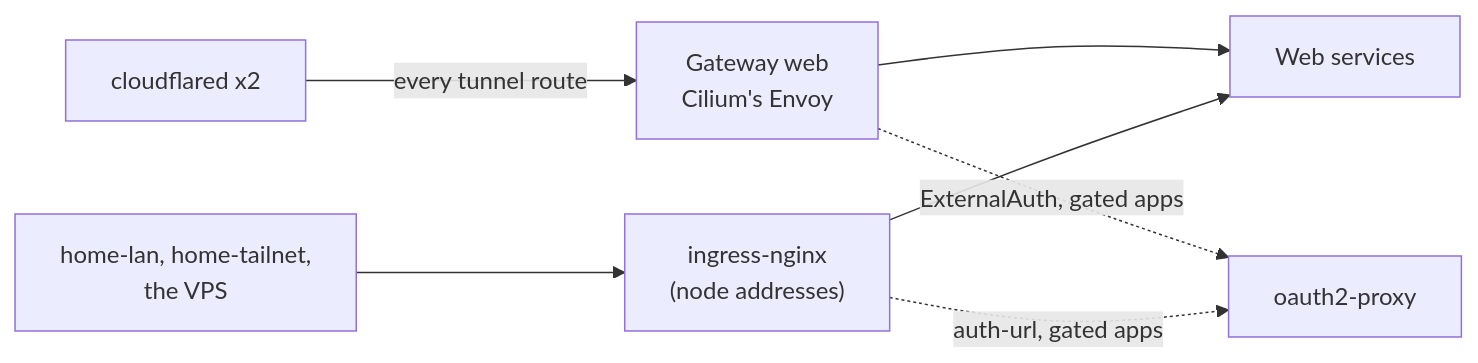
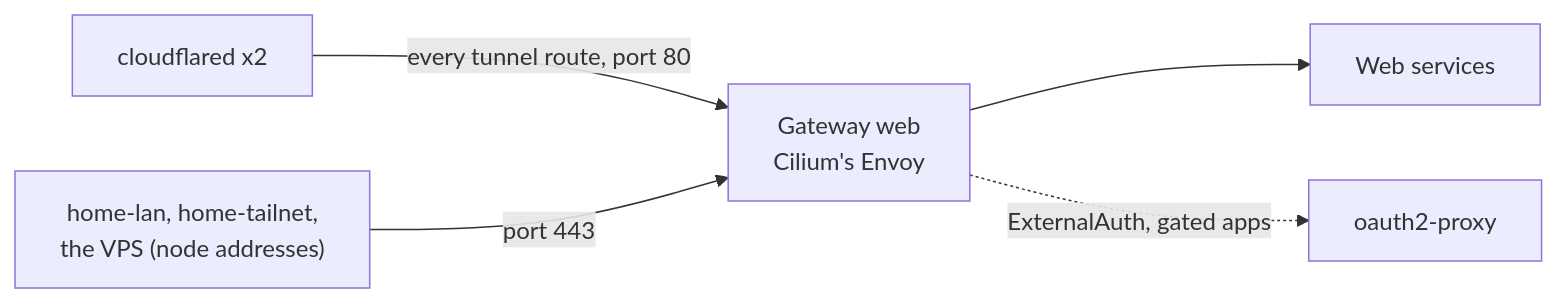
Before and after one commit to gilesknap/tpi-k3s-ansible: the third of 5 diagrams in docs/explanations/architecture/networking.md, drawn with Mermaid. The commit also changed other lines of this file and 32 other files, not shown here.

First line of the commit message:
Docs: ingress-nginx is gone, the Gateway serves everything

````diff
--- a/docs/explanations/architecture/networking.md
+++ b/docs/explanations/architecture/networking.md
@@ -203,14 +198,12 @@
 ```mermaid
 flowchart LR
     cfd["cloudflared x2"]
-    lan["home-lan, home-tailnet,<br/>the VPS"]
-    nginx["ingress-nginx<br/>(node addresses)"]
+    lan["home-lan, home-tailnet,<br/>the VPS (node addresses)"]
     gw["Gateway web<br/>Cilium's Envoy"]
     oap["oauth2-proxy"]
     apps["Web services"]
 
-    cfd -->|"every tunnel route"| gw --> apps
-    lan --> nginx --> apps
+    cfd -->|"every tunnel route, port 80"| gw --> apps
+    lan -->|"port 443"| gw
     gw -. "ExternalAuth, gated apps" .-> oap
-    nginx -. "auth-url, gated apps" .-> oap
 ```
````
